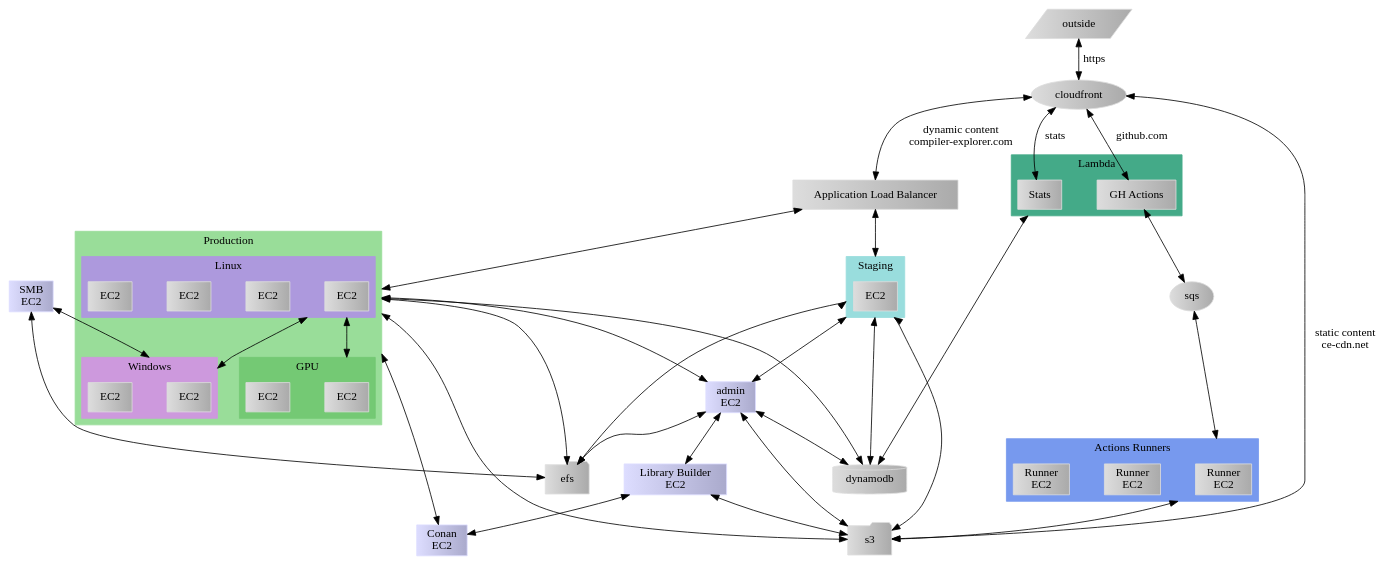
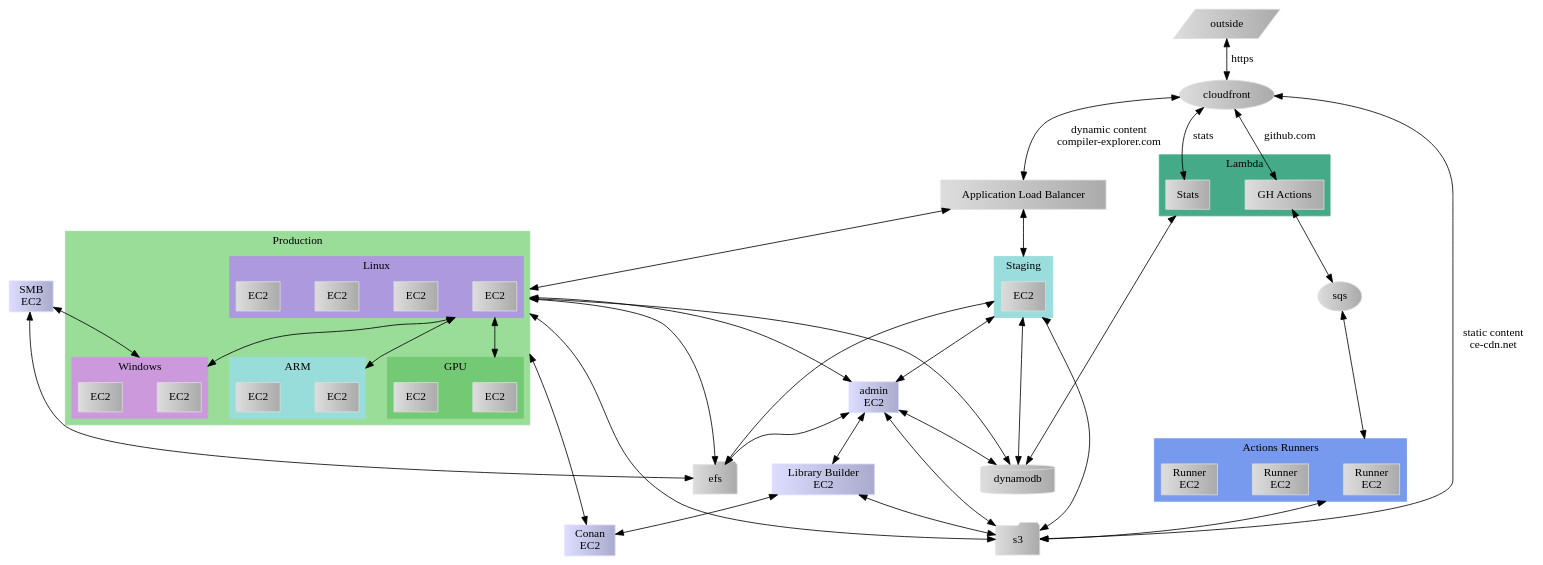
One commit to mattgodbolt/ce-behind-the-scenes changed the diagram in ce.dot. Above: the diagram before and after it, drawn with Graphviz. The commit also changed 5 other files, not shown here.

```diff
--- a/ce.dot
+++ b/ce.dot
@@ -1,112 +1,121 @@
 digraph compiler_explorer {
     bgcolor = white;
     compound = true;
     nodesep = 0.6;
     node [color = "#dddddd:#aaaaaa"; style = filled;];
     edge [dir = both;];
     outside [shape = parallelogram;rank = "source";];
     
     cloudfront [shape = oval;];
     sqs [shape = oval;];
     
     alb [shape = box;label = "Application Load Balancer";];
     
     subgraph cluster_ce_nodes {
         label = "Production";
         style = filled;
         color = "#99dd99";
         
         subgraph cluster_ce_nodes_linux {
             label = "Linux";
             style = filled;
             color = "#ad99dd";
             ce_node_1 [shape = box;label = "EC2";];
             ce_node_2 [shape = box;label = "EC2";];
             ce_node_3 [shape = box;label = "EC2";];
             ce_node_4 [shape = box;label = "EC2";];
         }
         subgraph cluster_ce_nodes_win {
             label = "Windows";
             style = filled;
             color = "#cd99dd";
             
             ce_node_1_win [shape = box;label = "EC2";];
             ce_node_2_win [shape = box;label = "EC2";];
+        }
+        subgraph cluster_ce_nodes_arm {
+            label = "ARM";
+            style = filled;
+            color = "#99ddda";
+            
+            ce_node_1_arm [shape = box;label = "EC2";];
+            ce_node_2_arm [shape = box;label = "EC2";];
         }
         subgraph cluster_ce_nodes_gpu {
             label = "GPU";
             style = filled;
             color = "#74c974";
             
             ce_node_1_gpu [shape = box;label = "EC2";];
             ce_node_2_gpu [shape = box;label = "EC2";];
         }
     }
     subgraph cluster_staging_nodes {
         label = "Staging";
         style = filled;
         color = "#99dddd";
         staging_node_1 [shape = box;label = "EC2";];
     }
     subgraph cluster_lambda {
         label = "Lambda";
         style = filled;
         color = "#44aa88";
         gh_actions [shape = box;label = "GH Actions";];
         lambda_stats [shape = box;label = "Stats";];
     }
     subgraph cluster_gh_actions {
         label = "Actions Runners";
         style = filled;
         color = "#7799ee";
         action_runner_1 [shape = box;label = "Runner\nEC2";];
         action_runner_2 [shape = box;label = "Runner\nEC2";];
         action_runner_3 [shape = box;label = "Runner\nEC2";];
     }
 
     admin [shape = box;rank = "sink";label = "admin\nEC2";color = "#ddddff:#aaaacc";];
     
     efs [shape = folder;];
     s3 [shape = folder;];
     dynamodb [shape = cylinder;];
     
     gh_actions -> sqs;
     sqs -> action_runner_1 [lhead = cluster_gh_actions;];
     
     outside -> cloudfront [label = "https";];
     cloudfront -> alb [label = "dynamic content\ncompiler-explorer.com";];
     cloudfront -> s3 [label = "static content\nce-cdn.net";];
     cloudfront -> lambda_stats [label = "stats";];
     cloudfront -> gh_actions [label = "github.com";];
     
     alb -> ce_node_1 [lhead = cluster_ce_nodes;];
     alb -> staging_node_1 [lhead = cluster_staging_nodes;];
     
     lambda_stats -> dynamodb [ltail = cluster_lambda;];
     action_runner_1 -> s3 [ltail = cluster_gh_actions;];
     
     build [shape = box;label = "Library Builder\nEC2";color = "#ddddff:#aaaacc";];
     
     admin -> build;
     build -> s3;
     
     conan [shape = box;label = "Conan\nEC2";color = "#ddddff:#aaaacc";];
     {ce_node_1} -> conan [ltail = cluster_ce_nodes;];
     build -> conan;
     
     winsmb [shape = box;label = "SMB\nEC2";color = "#ddddff:#aaaacc";];
     winsmb -> ce_node_1_win [lhead = cluster_ce_nodes_win;];
     winsmb -> efs;
     
     admin -> {efs s3 dynamodb};
     {ce_node_1} -> admin [ltail = cluster_ce_nodes;];
     {ce_node_1} -> efs [ltail = cluster_ce_nodes;];
     {ce_node_1} -> s3 [ltail = cluster_ce_nodes;];
     {ce_node_1} -> dynamodb [ltail = cluster_ce_nodes;];
     {ce_node_1} -> ce_node_1_win [ltail = cluster_ce_nodes_linux; lhead = cluster_ce_nodes_win;];
     {ce_node_1} -> ce_node_1_gpu [ltail = cluster_ce_nodes_linux; lhead = cluster_ce_nodes_gpu;];
+    {ce_node_1} -> ce_node_1_arm [ltail = cluster_ce_nodes_linux; lhead = cluster_ce_nodes_arm;];
     {staging_node_1} -> admin [ltail = cluster_staging_nodes;];
     {staging_node_1} -> efs [ltail = cluster_staging_nodes;];
     {staging_node_1} -> s3 [ltail = cluster_staging_nodes;];
     {staging_node_1} -> dynamodb [ltail = cluster_staging_nodes;];
 }
```
